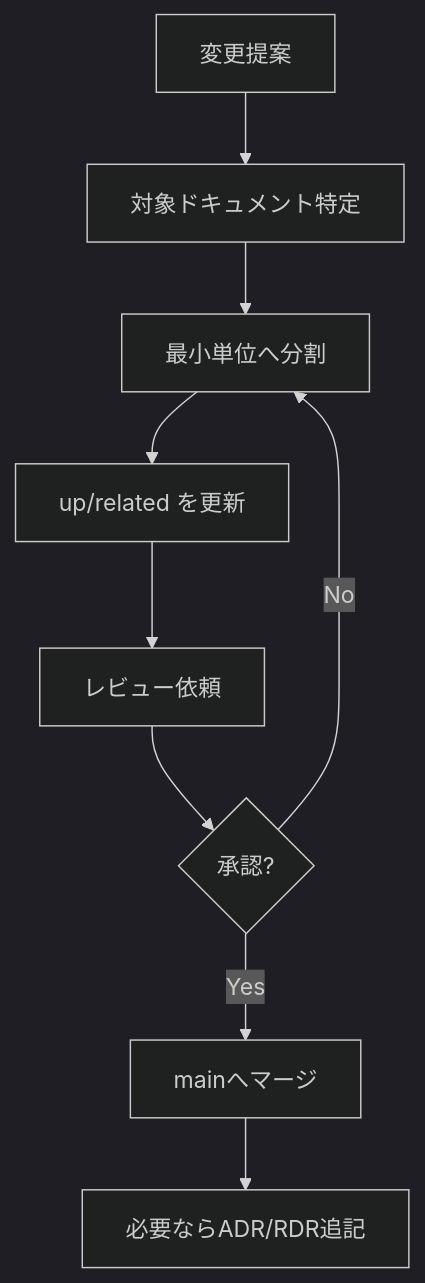
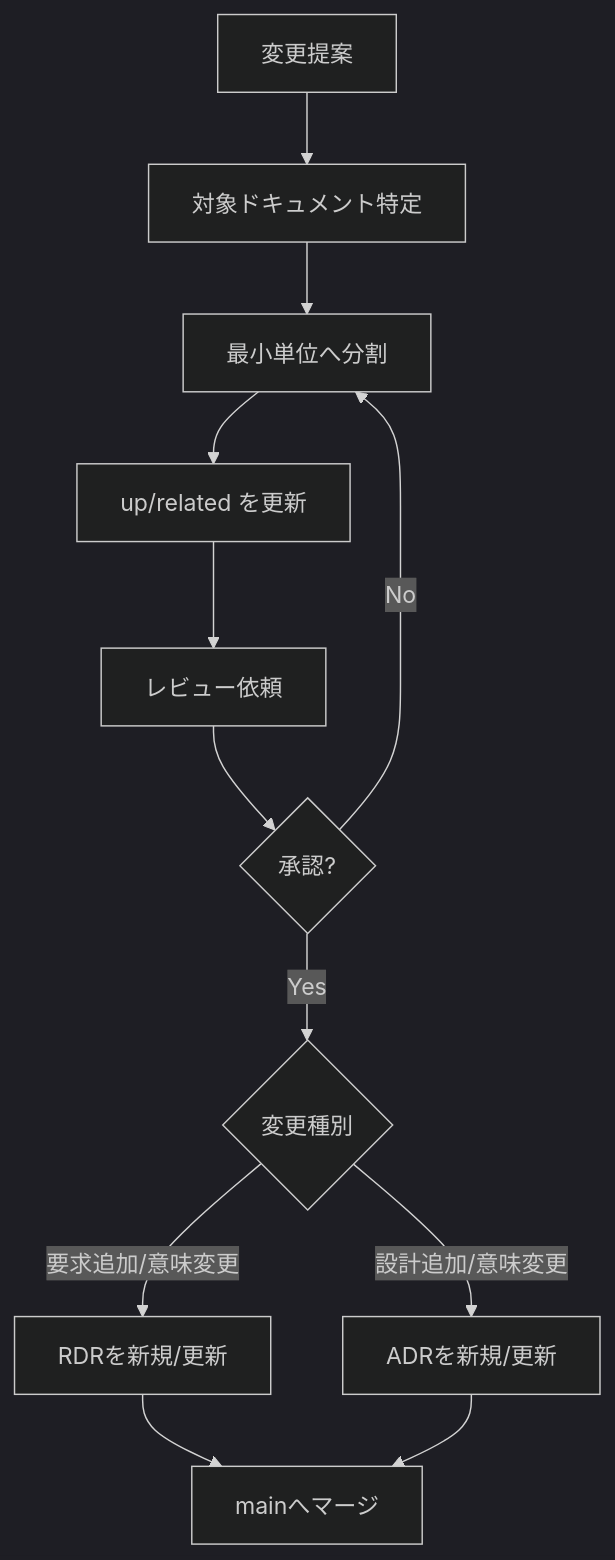
One commit to tsuji-tomonori/cornellnoteweb-docs-complete-docops changed the diagram in docs/1.要求(RQ)/81.ドキュメント更新フローと受け入れ基準(DG)/RQ-DG-001.md. Above: the diagram before and after it, drawn with Mermaid (dark theme). The commit also changed other lines of this file and 11 other files, not shown here.

````diff
--- a/docs/1.要求(RQ)/81.ドキュメント更新フローと受け入れ基準(DG)/RQ-DG-001.md
+++ b/docs/1.要求(RQ)/81.ドキュメント更新フローと受け入れ基準(DG)/RQ-DG-001.md
@@ -25,11 +25,14 @@
 ```mermaid
 flowchart TD
   A[変更提案] --> B[対象ドキュメント特定]
   B --> C[最小単位へ分割]
   C --> D[up/related を更新]
   D --> E[レビュー依頼]
   E --> F{承認?}
-  F -- Yes --> G[mainへマージ]
+  F -- Yes --> G{変更種別}
   F -- No --> C
-  G --> H[必要ならADR/RDR追記]
+  G -- 要求追加/意味変更 --> H[RDRを新規/更新]
+  G -- 設計追加/意味変更 --> I[ADRを新規/更新]
+  H --> J[mainへマージ]
+  I --> J
 ```
````
